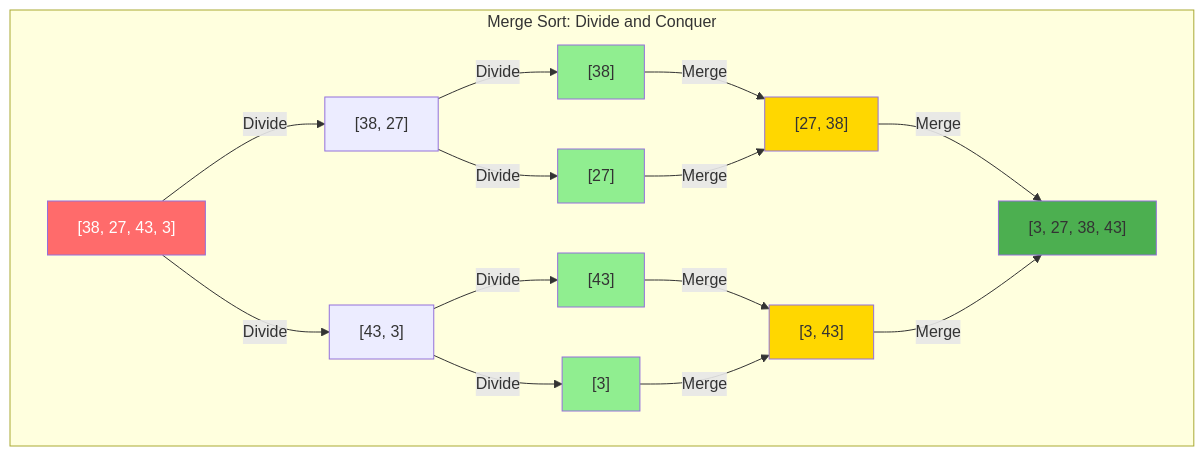
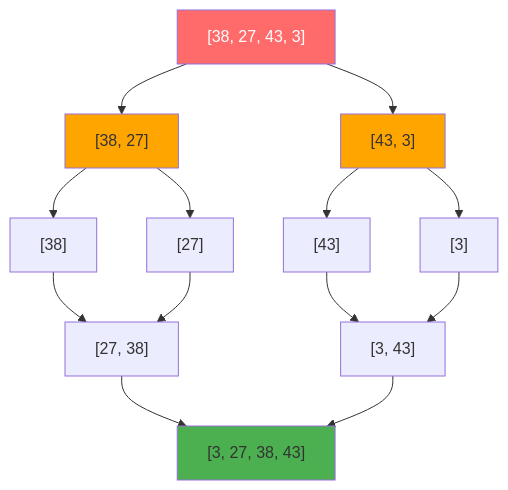
The fourth of 4 diagrams in docs/series/computer-science/chapters/07-sorting-algorithms.md (dalehurley/codewithphp), drawn with Mermaid before and after one commit. The commit also changed other lines of this file, not shown here.

````diff
--- a/docs/series/computer-science/chapters/07-sorting-algorithms.md
+++ b/docs/series/computer-science/chapters/07-sorting-algorithms.md
@@ -213,37 +305,25 @@
 ```mermaid
-graph TB
-    subgraph "Merge Sort: Divide and Conquer"
-        M0["[38, 27, 43, 3]"]
-        M1["[38, 27]"]
-        M2["[43, 3]"]
-        M3["[38]"]
-        M4["[27]"]
-        M5["[43]"]
-        M6["[3]"]
-        M7["[27, 38]"]
-        M8["[3, 43]"]
-        M9["[3, 27, 38, 43]"]
+graph TD
+    A["[38, 27, 43, 3]"] --> B["[38, 27]"]
+    A --> C["[43, 3]"]
 
-        M0 -->|"Divide"| M1
-        M0 -->|"Divide"| M2
-        M1 -->|"Divide"| M3
-        M1 -->|"Divide"| M4
-        M2 -->|"Divide"| M5
-        M2 -->|"Divide"| M6
-        M3 -->|"Merge"| M7
-        M4 -->|"Merge"| M7
-        M5 -->|"Merge"| M8
-        M6 -->|"Merge"| M8
-        M7 -->|"Merge"| M9
-        M8 -->|"Merge"| M9
-    end
+    B --> D["[38]"]
+    B --> E["[27]"]
 
-    style M0 fill:#FF6B6B,color:#fff
-    style M3 fill:#90EE90
-    style M4 fill:#90EE90
-    style M5 fill:#90EE90
-    style M6 fill:#90EE90
-    style M7 fill:#FFD700
-    style M8 fill:#FFD700
-    style M9 fill:#4CAF50
+    C --> F["[43]"]
+    C --> G["[3]"]
+
+    D --> H["[27, 38]"]
+    E --> H
+
+    F --> I["[3, 43]"]
+    G --> I
+
+    H --> J["[3, 27, 38, 43]"]
+    I --> J
+
+    style A fill:#FF6B6B,color:#fff
+    style B fill:#FFA500
+    style C fill:#FFA500
+    style J fill:#4CAF50
 ```
````
